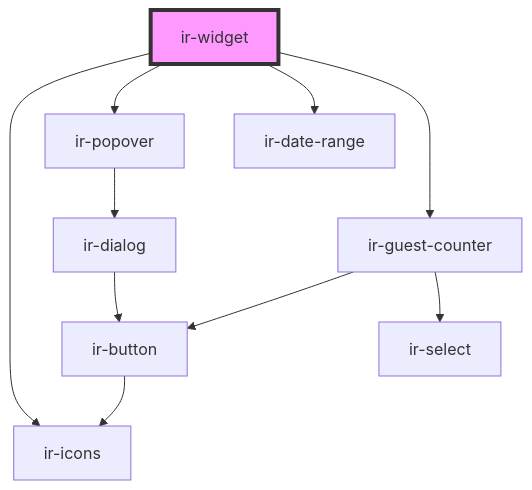
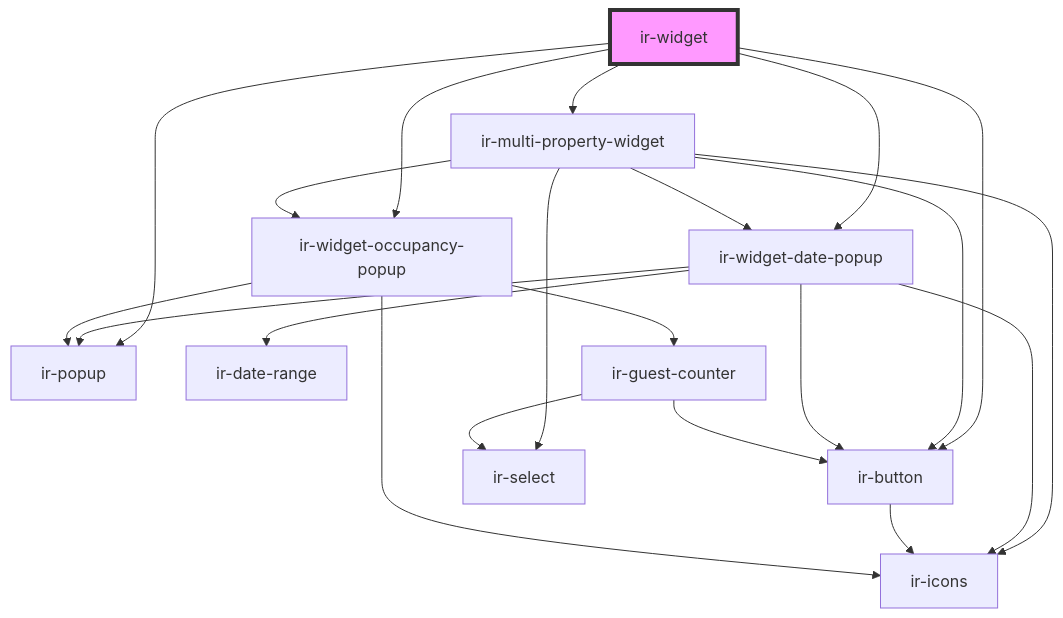
The diagram in src/components/ir-booking-widget/readme.md (RonyRizk/ir-be), drawn with Mermaid before and after one commit. The commit also changed other lines of this file and 42 other files, not shown here.

````diff
--- a/src/components/ir-booking-widget/readme.md
+++ b/src/components/ir-booking-widget/readme.md
@@ -33,13 +47,24 @@
 ```mermaid
 graph TD;
-  ir-widget --> ir-icons
-  ir-widget --> ir-popover
-  ir-widget --> ir-date-range
-  ir-widget --> ir-guest-counter
-  ir-popover --> ir-dialog
-  ir-dialog --> ir-button
+  ir-widget --> ir-multi-property-widget
+  ir-widget --> ir-popup
+  ir-widget --> ir-button
+  ir-widget --> ir-widget-date-popup
+  ir-widget --> ir-widget-occupancy-popup
+  ir-multi-property-widget --> ir-select
+  ir-multi-property-widget --> ir-icons
+  ir-multi-property-widget --> ir-widget-date-popup
+  ir-multi-property-widget --> ir-widget-occupancy-popup
+  ir-multi-property-widget --> ir-button
+  ir-widget-date-popup --> ir-icons
+  ir-widget-date-popup --> ir-date-range
+  ir-widget-date-popup --> ir-popup
+  ir-widget-date-popup --> ir-button
   ir-button --> ir-icons
+  ir-widget-occupancy-popup --> ir-icons
+  ir-widget-occupancy-popup --> ir-popup
+  ir-widget-occupancy-popup --> ir-guest-counter
   ir-guest-counter --> ir-button
   ir-guest-counter --> ir-select
   style ir-widget fill:#f9f,stroke:#333,stroke-width:4px
 ```
````
